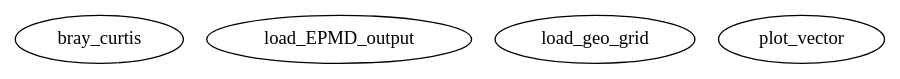
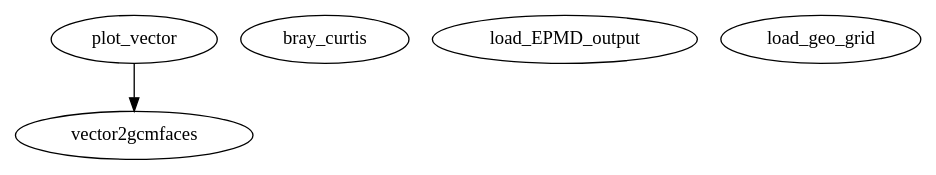
Before and after one commit to geebes/EPMD: the diagram in docs/EPMD/Diagnostic_funcs/graph.dot, drawn with Graphviz. The commit also changed 57 other files, not shown here.

```diff
--- a/docs/EPMD/Diagnostic_funcs/graph.dot
+++ b/docs/EPMD/Diagnostic_funcs/graph.dot
@@ -1,8 +1,10 @@
 /* Created by mdot for Matlab */
 digraph m2html {
+  plot_vector -> vector2gcmfaces;
 
   bray_curtis [URL="bray_curtis.html"];
   load_EPMD_output [URL="load_EPMD_output.html"];
   load_geo_grid [URL="load_geo_grid.html"];
   plot_vector [URL="plot_vector.html"];
+  vector2gcmfaces [URL="vector2gcmfaces.html"];
 }
```
